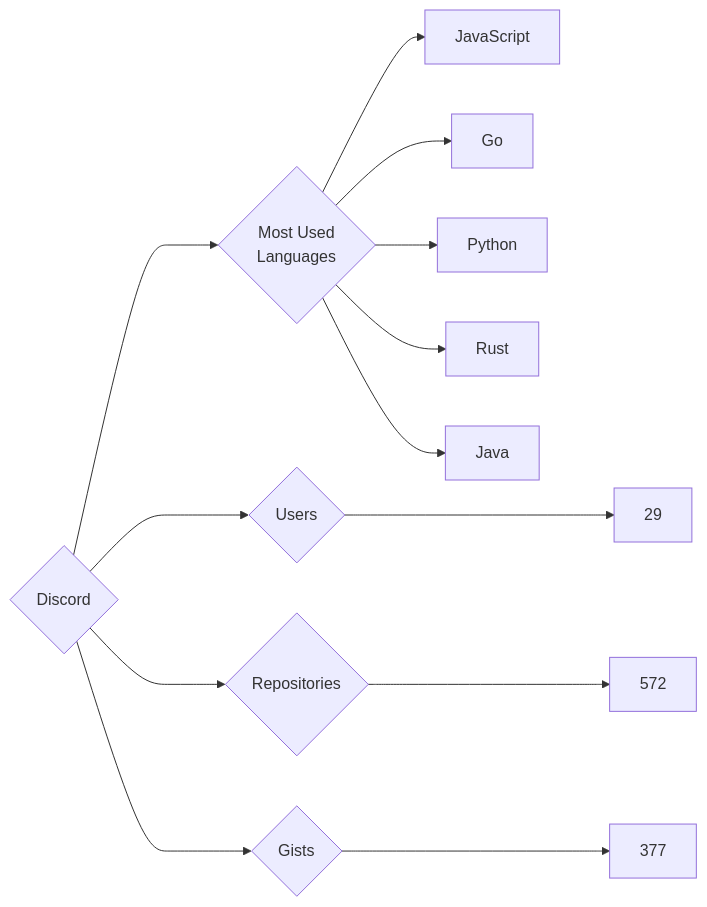
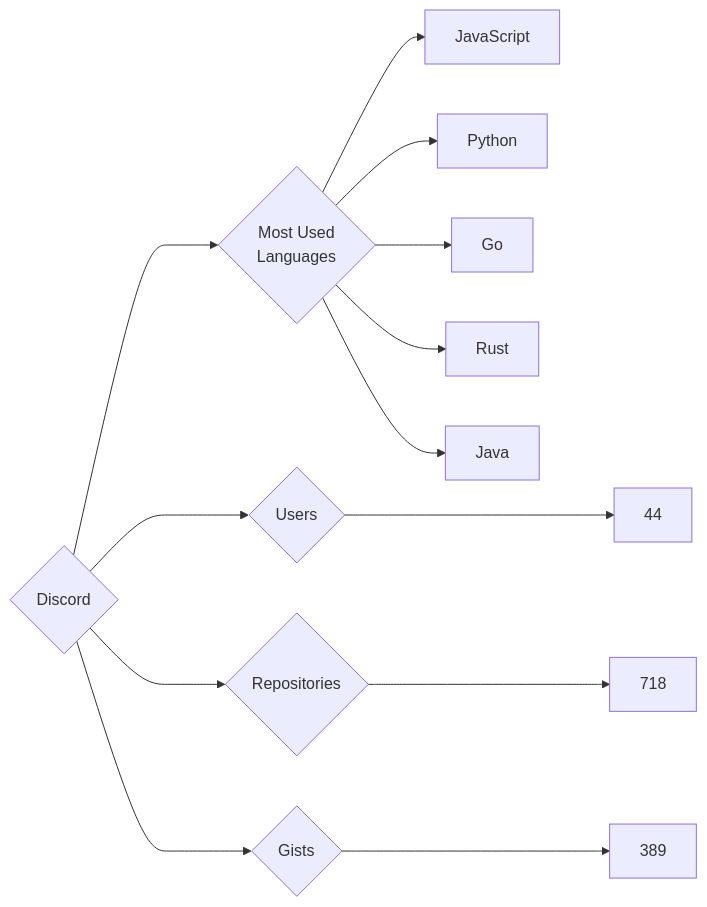
The diagram in targets/Discord/README.md (trickest/insiders), drawn with Mermaid before and after one commit. The commit also changed 823 other files, not shown here.

````diff
--- a/targets/Discord/README.md
+++ b/targets/Discord/README.md
@@ -3,13 +3,13 @@
 ```mermaid
 graph LR
 COMPANY_NAME{Discord}
-COMPANY_NAME ---> U{Users} ---> UN[29]
-COMPANY_NAME ---> R{Repositories} ---> RN[572]
-COMPANY_NAME ---> G{Gists} ---> GN[377]
+COMPANY_NAME ---> U{Users} ---> UN[44]
+COMPANY_NAME ---> R{Repositories} ---> RN[718]
+COMPANY_NAME ---> G{Gists} ---> GN[389]
 COMPANY_NAME ---> ML{Most Used<br>Languages}
 ML --> JavaScript[JavaScript]
+ML --> Python[Python]
 ML --> Go[Go]
-ML --> Python[Python]
 ML --> Rust[Rust]
 ML --> Java[Java]
 ```
````
